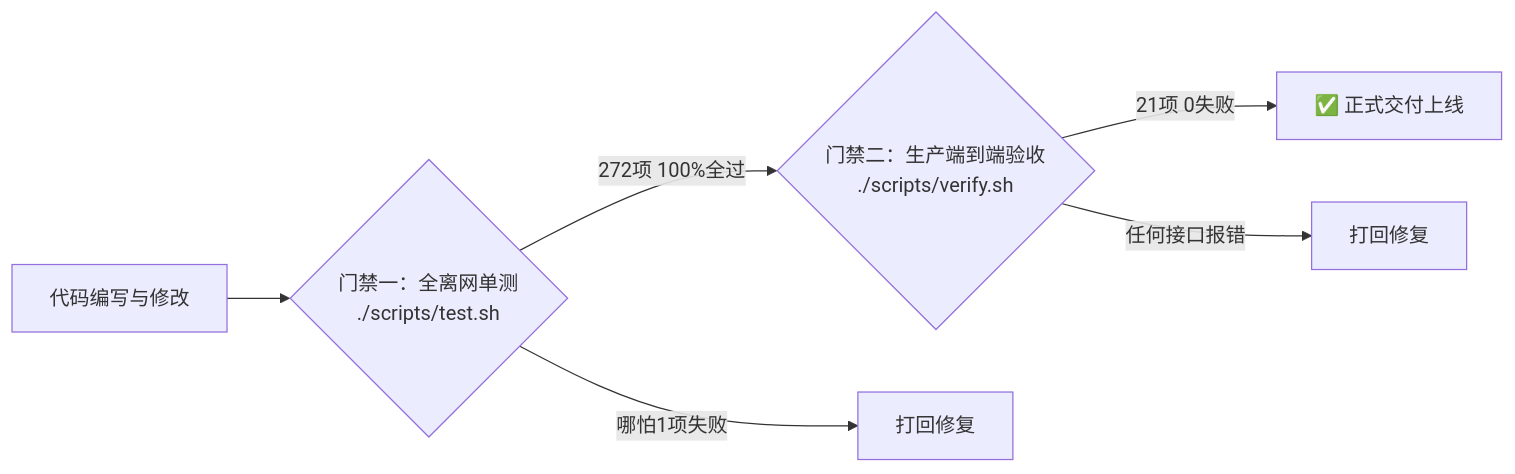
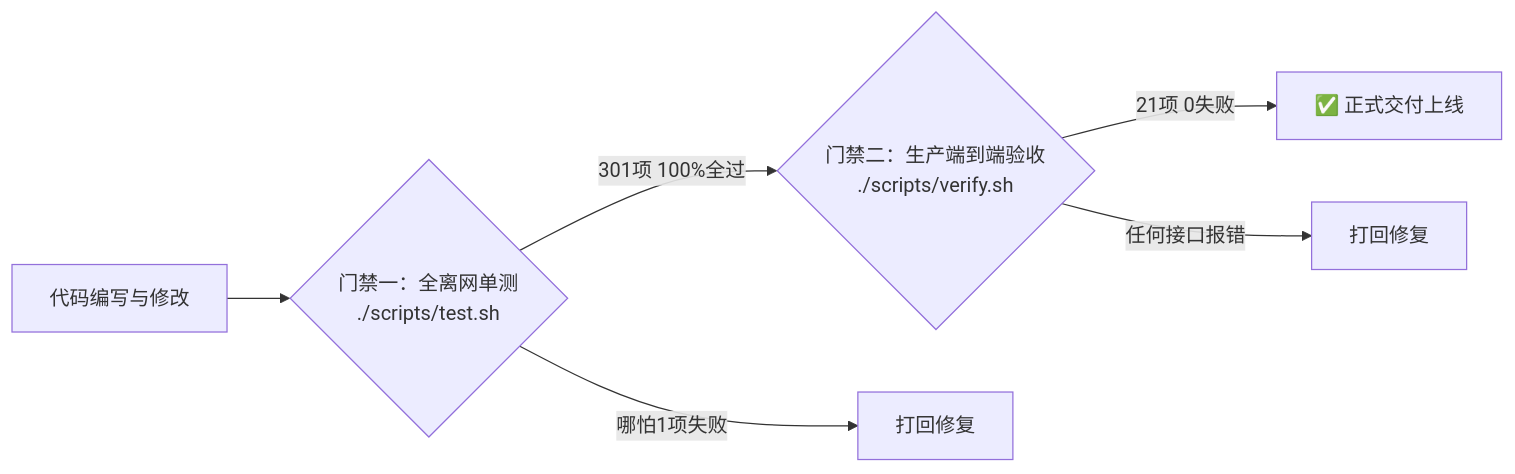
Before and after one commit to AdgaiWalker/VPN-OwnLine: the diagram in docs/核心文档/04-工程规范与验收标准.md, drawn with Mermaid. The commit also changed other lines of this file and 8 other files, not shown here.

````diff
--- a/docs/核心文档/04-工程规范与验收标准.md
+++ b/docs/核心文档/04-工程规范与验收标准.md
@@ -64,8 +64,8 @@
 ```mermaid
 flowchart LR
     Dev["代码编写与修改"] --> G1{"门禁一：全离网单测<br/>./scripts/test.sh"}
-    G1 -->|"272项 100%全过"| G2{"门禁二：生产端到端验收<br/>./scripts/verify.sh"}
+    G1 -->|"301项 100%全过"| G2{"门禁二：生产端到端验收<br/>./scripts/verify.sh"}
     G1 -->|"哪怕1项失败"| Reject1["打回修复"]
     G2 -->|"21项 0失败"| Done["✅ 正式交付上线"]
     G2 -->|"任何接口报错"| Reject2["打回修复"]
 ```
````
